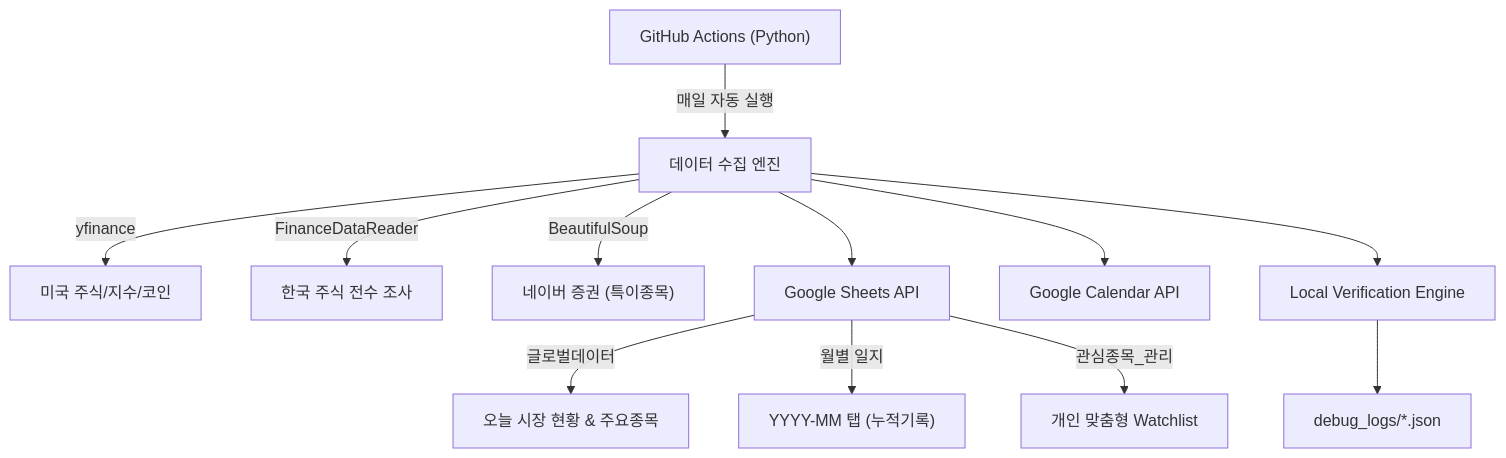
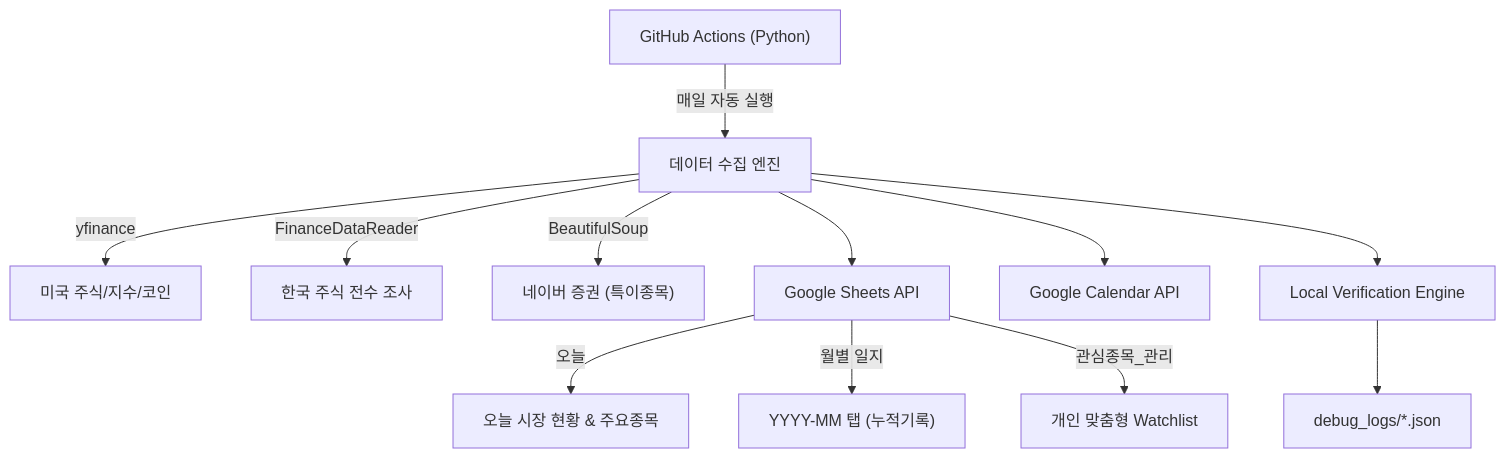
The diagram in README.md (Alexnetster/GoogleSheetStockUpdater), drawn with Mermaid before and after one commit. The commit also changed other lines of this file and 3 other files, not shown here.

````diff
--- a/README.md
+++ b/README.md
@@ -27,16 +27,16 @@
 ```mermaid
 graph TD
     A["GitHub Actions (Python)"] -->|매일 자동 실행| B["데이터 수집 엔진"]
     B -->|yfinance| C["미국 주식/지수/코인"]
     B -->|FinanceDataReader| D["한국 주식 전수 조사"]
     B -->|BeautifulSoup| E["네이버 증권 (특이종목)"]
     
     B --> F["Google Sheets API"]
-    F -->|글로벌데이터| G["오늘 시장 현황 & 주요종목"]
+    F -->|오늘| G["오늘 시장 현황 & 주요종목"]
     F -->|월별 일지| H["YYYY-MM 탭 (누적기록)"]
     F -->|관심종목_관리| I["개인 맞춤형 Watchlist"]
     
     B --> J["Google Calendar API"]
     B --> L["Local Verification Engine"]
     L --> M["debug_logs/*.json"]
 ```
````
